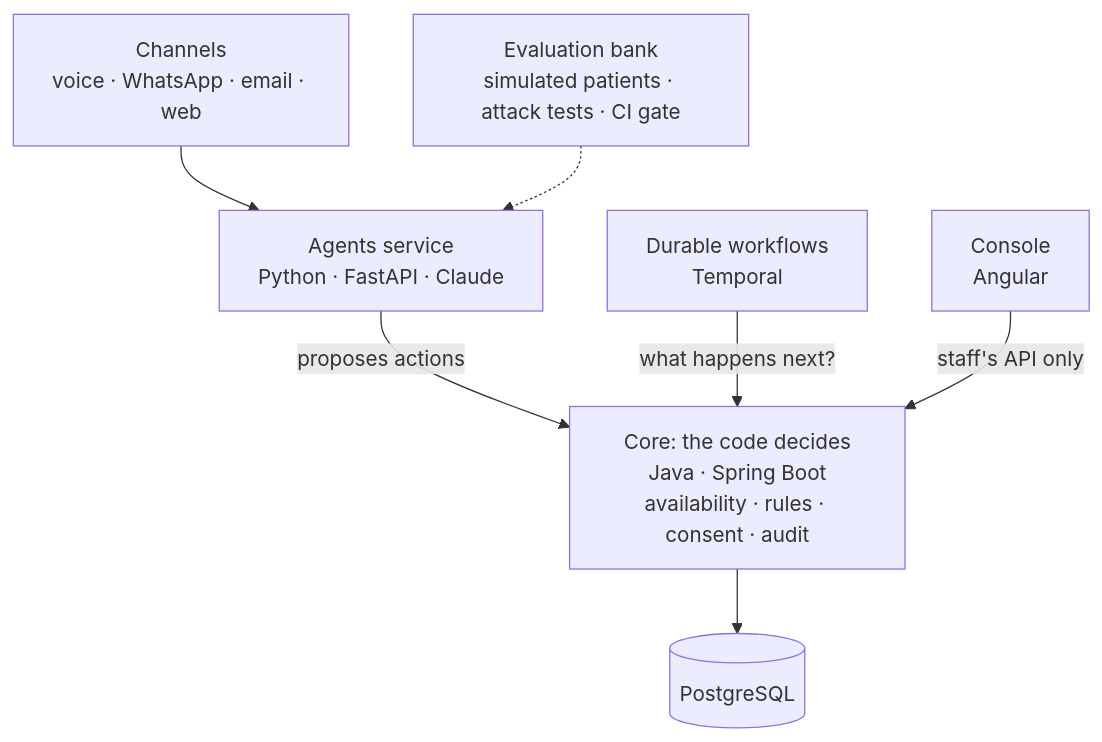
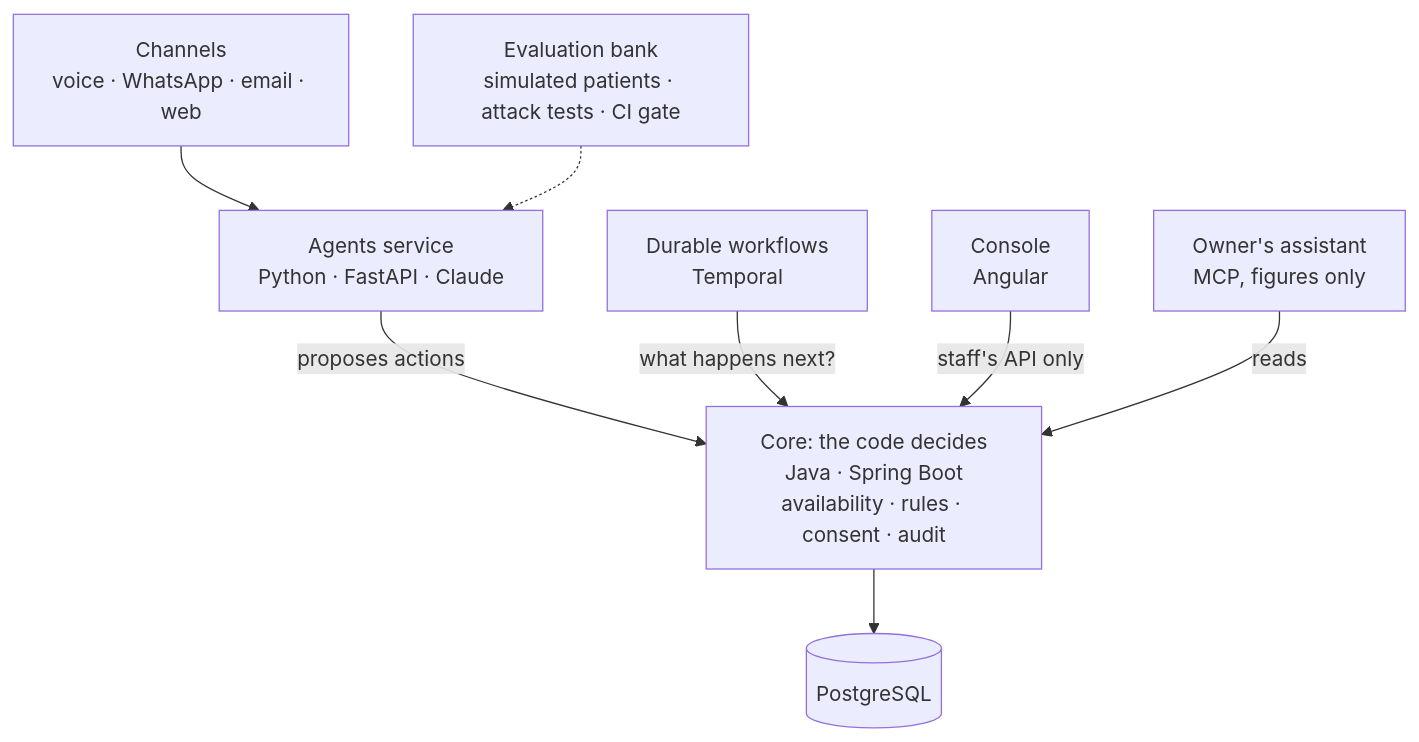
One commit to rnachoc/turno changed the diagram in README.md. Above: the diagram before and after it, drawn with Mermaid. The commit also changed other lines of this file and 5 other files, not shown here.

````diff
--- a/README.md
+++ b/README.md
@@ -16,9 +16,10 @@
 ```mermaid
 flowchart TD
     channels["Channels<br/>voice · WhatsApp · email · web"] --> agents
     agents["Agents service<br/>Python · FastAPI · Claude"] -- "proposes actions" --> core
     core["Core: the code decides<br/>Java · Spring Boot<br/>availability · rules · consent · audit"] --> db[("PostgreSQL")]
     flows["Durable workflows<br/>Temporal"] -- "what happens next?" --> core
     console["Console<br/>Angular"] -- "staff's API only" --> core
+    owner["Owner's assistant<br/>MCP, figures only"] -- "reads" --> core
     evals["Evaluation bank<br/>simulated patients · attack tests · CI gate"] -.-> agents
 ```
````
